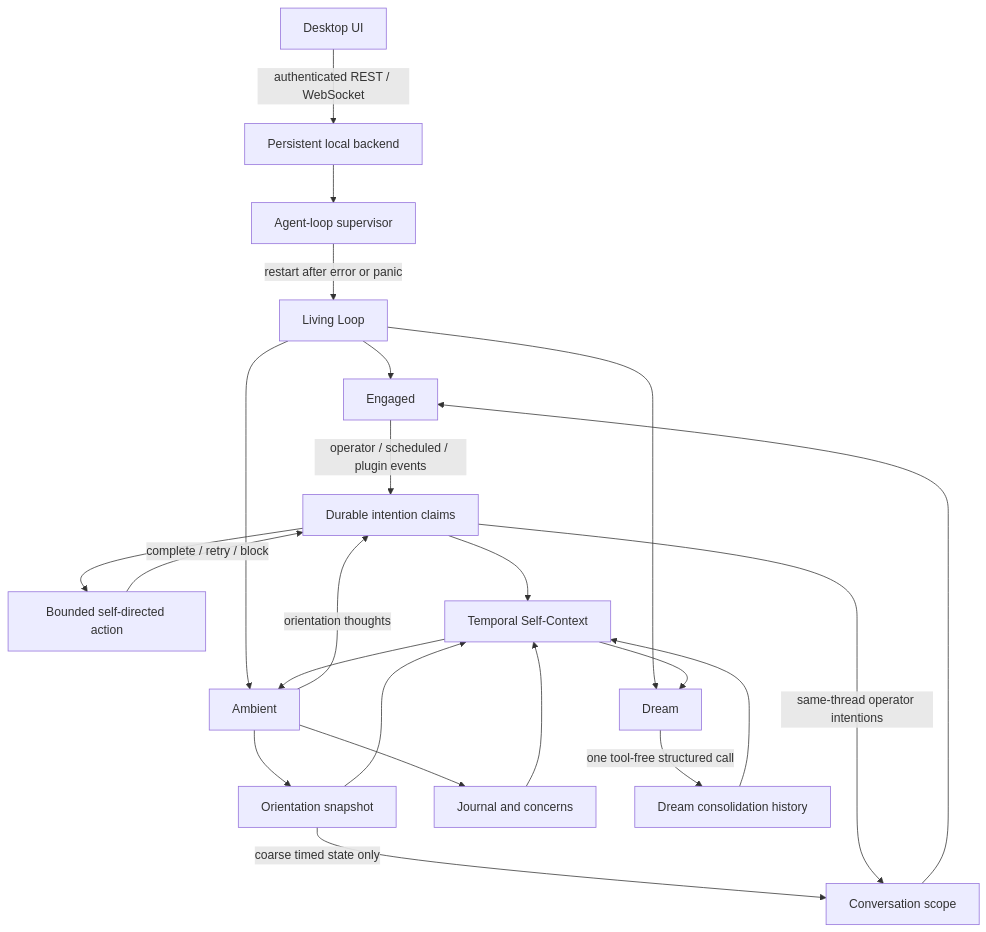
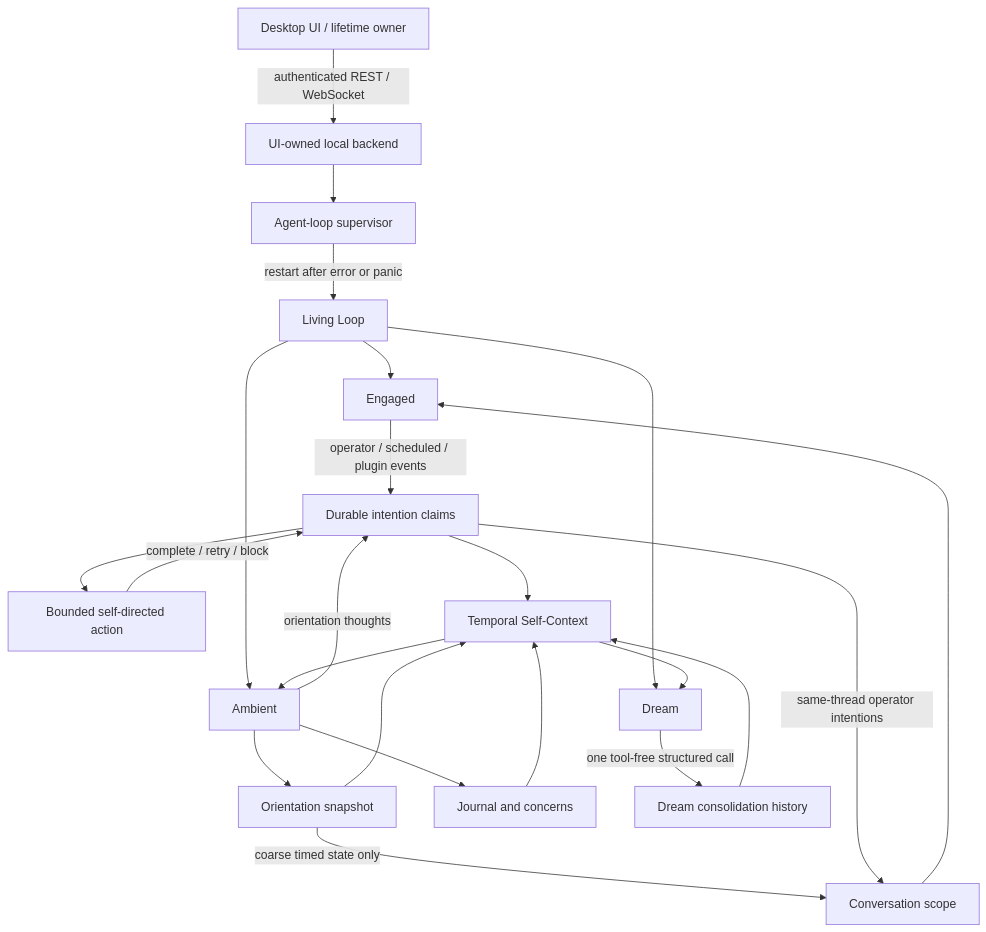
The diagram in docs/LIVING_LOOP_STATUS.md (MLTQ/Ponderer), drawn with Mermaid before and after one commit. The commit also changed other lines of this file and 5 other files, not shown here.

Commit message:
feat: expose reflective outreach while enforcing UI-owned lifetime

````diff
--- a/docs/LIVING_LOOP_STATUS.md
+++ b/docs/LIVING_LOOP_STATUS.md
@@ -14,30 +26,30 @@
 ```mermaid
 flowchart TD
-    UI["Desktop UI"] -->|"authenticated REST / WebSocket"| API["Persistent local backend"]
+    UI["Desktop UI / lifetime owner"] -->|"authenticated REST / WebSocket"| API["UI-owned local backend"]
     API --> SUP["Agent-loop supervisor"]
     SUP -->|"restart after error or panic"| LOOP["Living Loop"]
 
     LOOP --> ENG["Engaged"]
     LOOP --> AMB["Ambient"]
     LOOP --> DRM["Dream"]
 
     ENG -->|"operator / scheduled / plugin events"| CLAIM["Durable intention claims"]
     AMB -->|"orientation thoughts"| CLAIM
     CLAIM --> SELF["Bounded self-directed action"]
     SELF -->|"complete / retry / block"| CLAIM
 
     AMB --> ORI["Orientation snapshot"]
     AMB --> JRN["Journal and concerns"]
     DRM -->|"one tool-free structured call"| DART["Dream consolidation history"]
 
     ORI --> CTX["Temporal Self-Context"]
     JRN --> CTX
     DART --> CTX
     CLAIM --> CTX
     CTX --> AMB
     CTX --> DRM
 
     ORI -->|"coarse timed state only"| SCOPE["Conversation scope"]
     CLAIM -->|"same-thread operator intentions"| SCOPE
     SCOPE --> ENG
 ```
````
